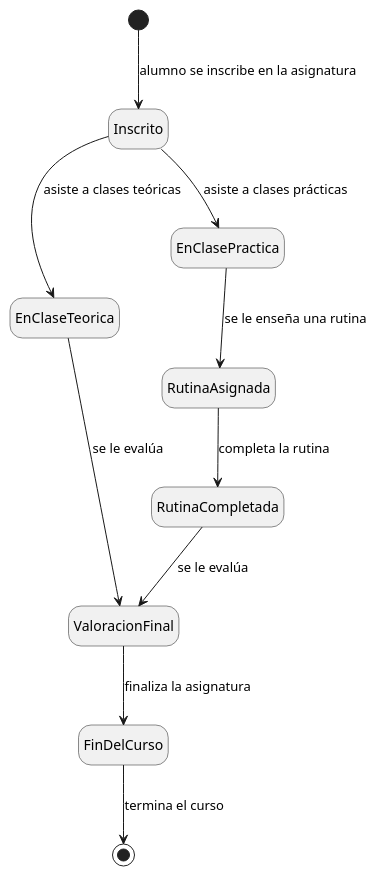
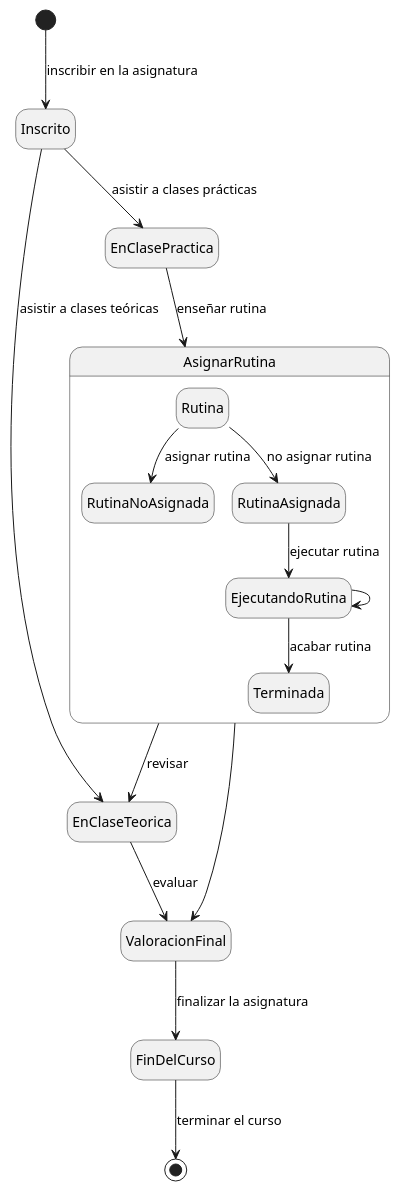
Before and after one commit to mmasias/24-25-IdSw1-SDR: the diagram in Documentos/diagramaDeEstados/diagramaEstados.puml, drawn with PlantUML.

```diff
--- a/Documentos/diagramaDeEstados/diagramaEstados.puml
+++ b/Documentos/diagramaDeEstados/diagramaEstados.puml
@@ -1,19 +1,28 @@
 @startuml
 
 hide empty description
 
-[*] --> Inscrito : alumno se inscribe en la asignatura
-Inscrito --> EnClaseTeorica : asiste a clases teóricas
-Inscrito --> EnClasePractica : asiste a clases prácticas
+[*] --> Inscrito : inscribir en la asignatura
+Inscrito --> EnClaseTeorica : asistir a clases teóricas
+Inscrito --> EnClasePractica : asistir a clases prácticas
 
-EnClaseTeorica --> ValoracionFinal : se le evalúa
-EnClasePractica --> RutinaAsignada : se le enseña una rutina
+EnClaseTeorica --> ValoracionFinal : evaluar
+EnClasePractica --> AsignarRutina : enseñar rutina
 
-RutinaAsignada --> RutinaCompletada : completa la rutina
-RutinaCompletada --> ValoracionFinal : se le evalúa
+State AsignarRutina {
+    Rutina --> RutinaNoAsignada : asignar rutina
+    Rutina --> RutinaAsignada : no asignar rutina
+    RutinaAsignada --> EjecutandoRutina : ejecutar rutina
+    EjecutandoRutina --> EjecutandoRutina
+    EjecutandoRutina --> Terminada : acabar rutina
+    
+  }
 
-ValoracionFinal --> FinDelCurso : finaliza la asignatura
+AsignarRutina --> ValoracionFinal
+AsignarRutina --> EnClaseTeorica : revisar
 
-FinDelCurso --> [*] : termina el curso
+ValoracionFinal --> FinDelCurso : finalizar la asignatura
+
+FinDelCurso --> [*] : terminar el curso
 
 @enduml
```
